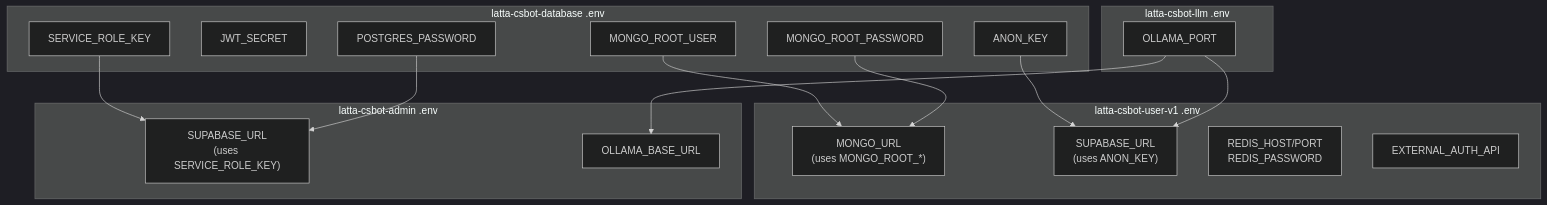
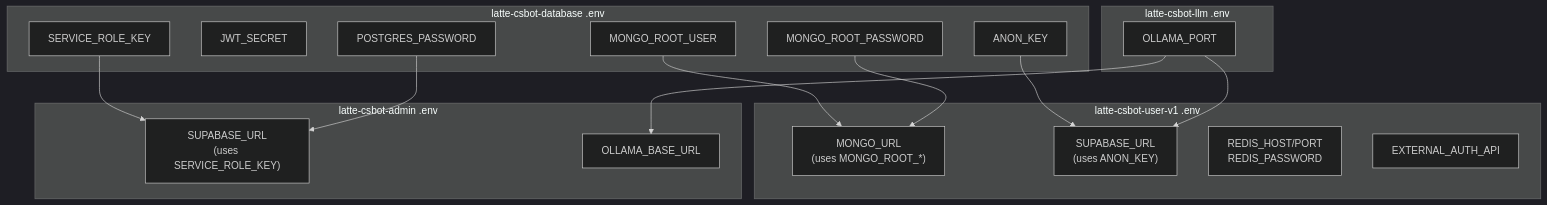
Before and after one commit to AtiwitchJ/customer-service-ai-chatbot: diagram 13 of 15 in ARCHITECTURE.md, drawn with Mermaid (dark theme). The commit also changed other lines of this file and 1769 other files, not shown here.

First line of the commit message:
refactor: rename project components from 'latta' to 'latte' and update configurations

````diff
--- a/ARCHITECTURE.md
+++ b/ARCHITECTURE.md
@@ -745,37 +745,37 @@
 ```mermaid
 flowchart TB
-    subgraph EnvDB["latta-csbot-database .env"]
+    subgraph EnvDB["latte-csbot-database .env"]
         POSTGRES[POSTGRES_PASSWORD]
         JWT[JWT_SECRET]
         ANON[ANON_KEY]
         SERVICE[SERVICE_ROLE_KEY]
         MONGO_USER[MONGO_ROOT_USER]
         MONGO_PASS[MONGO_ROOT_PASSWORD]
     end
     
-    subgraph EnvUser["latta-csbot-user-v1 .env"]
+    subgraph EnvUser["latte-csbot-user-v1 .env"]
         U_MONGO["MONGO_URL<br/>(uses MONGO_ROOT_*)"]
         U_SUPABASE["SUPABASE_URL<br/>(uses ANON_KEY)"]
         U_REDIS["REDIS_HOST/PORT<br/>REDIS_PASSWORD"]
         U_EXTERNAL["EXTERNAL_AUTH_API"]
     end
     
-    subgraph EnvAdmin["latta-csbot-admin .env"]
+    subgraph EnvAdmin["latte-csbot-admin .env"]
         A_SUPABASE["SUPABASE_URL<br/>(uses SERVICE_ROLE_KEY)"]
         A_OLLAMA["OLLAMA_BASE_URL"]
     end
     
-    subgraph EnvLLM["latta-csbot-llm .env"]
+    subgraph EnvLLM["latte-csbot-llm .env"]
         L_PORT["OLLAMA_PORT"]
     end
     
     MONGO_USER --> U_MONGO
     MONGO_PASS --> U_MONGO
     ANON --> U_SUPABASE
     
     SERVICE --> A_SUPABASE
     POSTGRES --> A_SUPABASE
     
     L_PORT --> A_OLLAMA
     L_PORT --> U_SUPABASE
 ```
````
